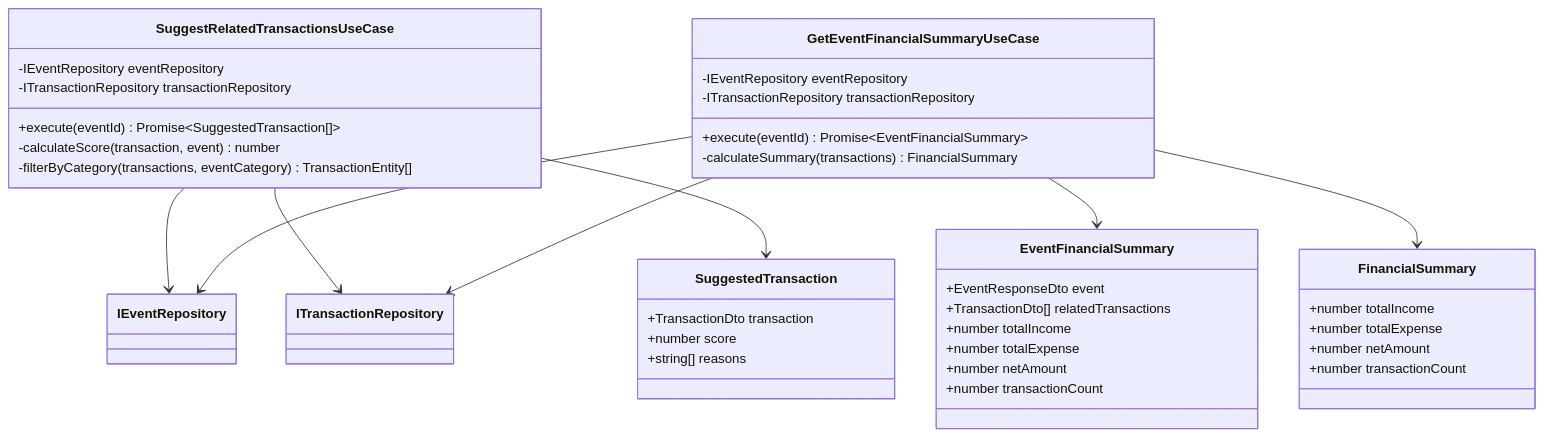
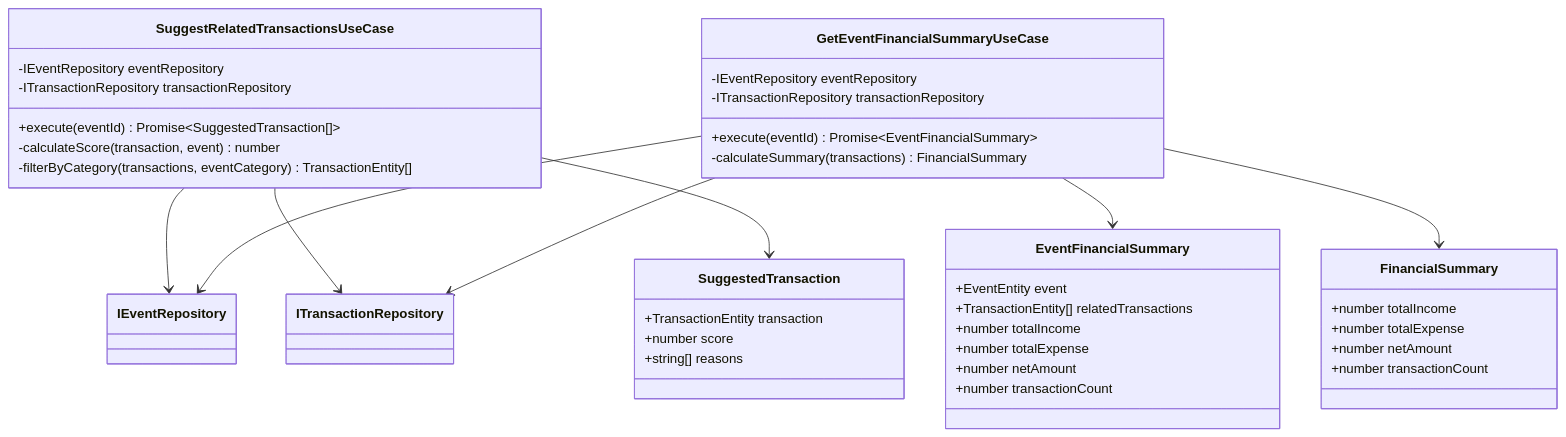
Before and after one commit to kencom2400/account-book: the second of 6 diagrams in docs/detailed-design/FR-022_event-transaction-link/class-diagrams.md, drawn with Mermaid. The commit also changed other lines of this file and 3 other files, not shown here.

````diff
--- a/docs/detailed-design/FR-022_event-transaction-link/class-diagrams.md
+++ b/docs/detailed-design/FR-022_event-transaction-link/class-diagrams.md
@@ -88,47 +88,47 @@
 ```mermaid
 classDiagram
     class SuggestRelatedTransactionsUseCase {
         -IEventRepository eventRepository
         -ITransactionRepository transactionRepository
         +execute(eventId) Promise~SuggestedTransaction[]~
         -calculateScore(transaction, event) number
         -filterByCategory(transactions, eventCategory) TransactionEntity[]
     }
 
     class GetEventFinancialSummaryUseCase {
         -IEventRepository eventRepository
         -ITransactionRepository transactionRepository
         +execute(eventId) Promise~EventFinancialSummary~
         -calculateSummary(transactions) FinancialSummary
     }
 
     class SuggestedTransaction {
-        +TransactionDto transaction
+        +TransactionEntity transaction
         +number score
         +string[] reasons
     }
 
     class EventFinancialSummary {
-        +EventResponseDto event
-        +TransactionDto[] relatedTransactions
+        +EventEntity event
+        +TransactionEntity[] relatedTransactions
         +number totalIncome
         +number totalExpense
         +number netAmount
         +number transactionCount
     }
 
     class FinancialSummary {
         +number totalIncome
         +number totalExpense
         +number netAmount
         +number transactionCount
     }
 
     SuggestRelatedTransactionsUseCase --> IEventRepository
     SuggestRelatedTransactionsUseCase --> ITransactionRepository
     SuggestRelatedTransactionsUseCase --> SuggestedTransaction
     GetEventFinancialSummaryUseCase --> IEventRepository
     GetEventFinancialSummaryUseCase --> ITransactionRepository
     GetEventFinancialSummaryUseCase --> EventFinancialSummary
     GetEventFinancialSummaryUseCase --> FinancialSummary
 ```
````
